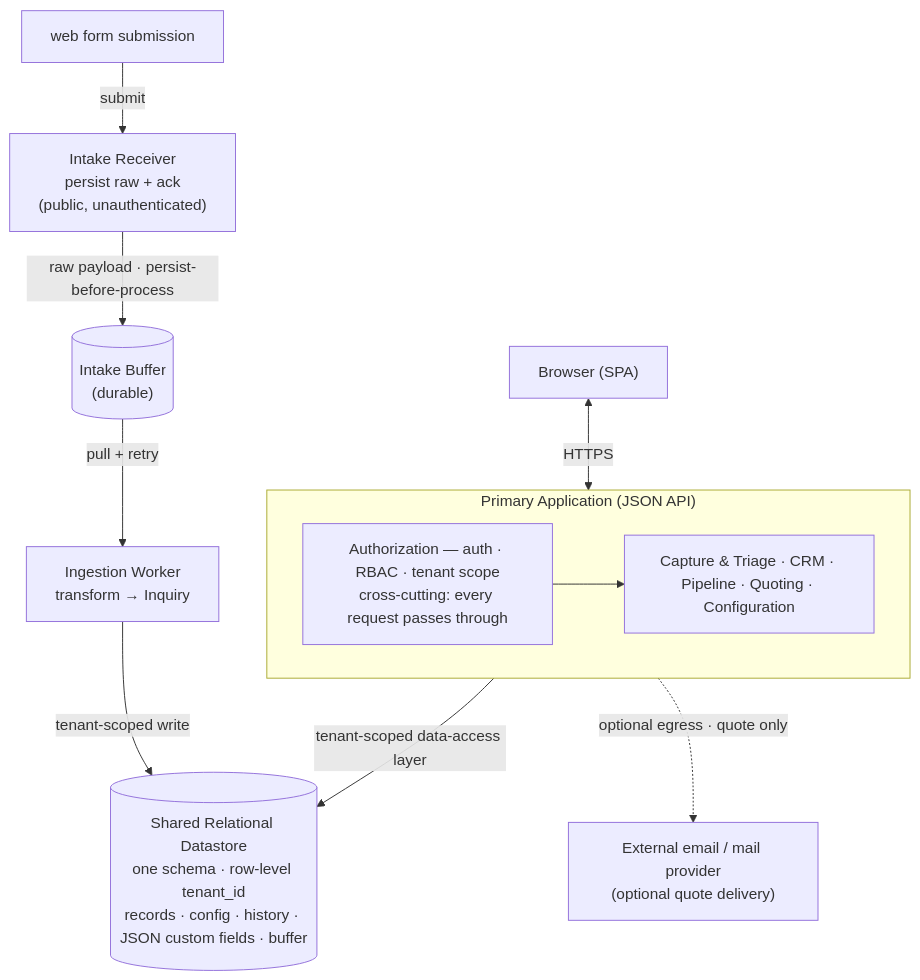
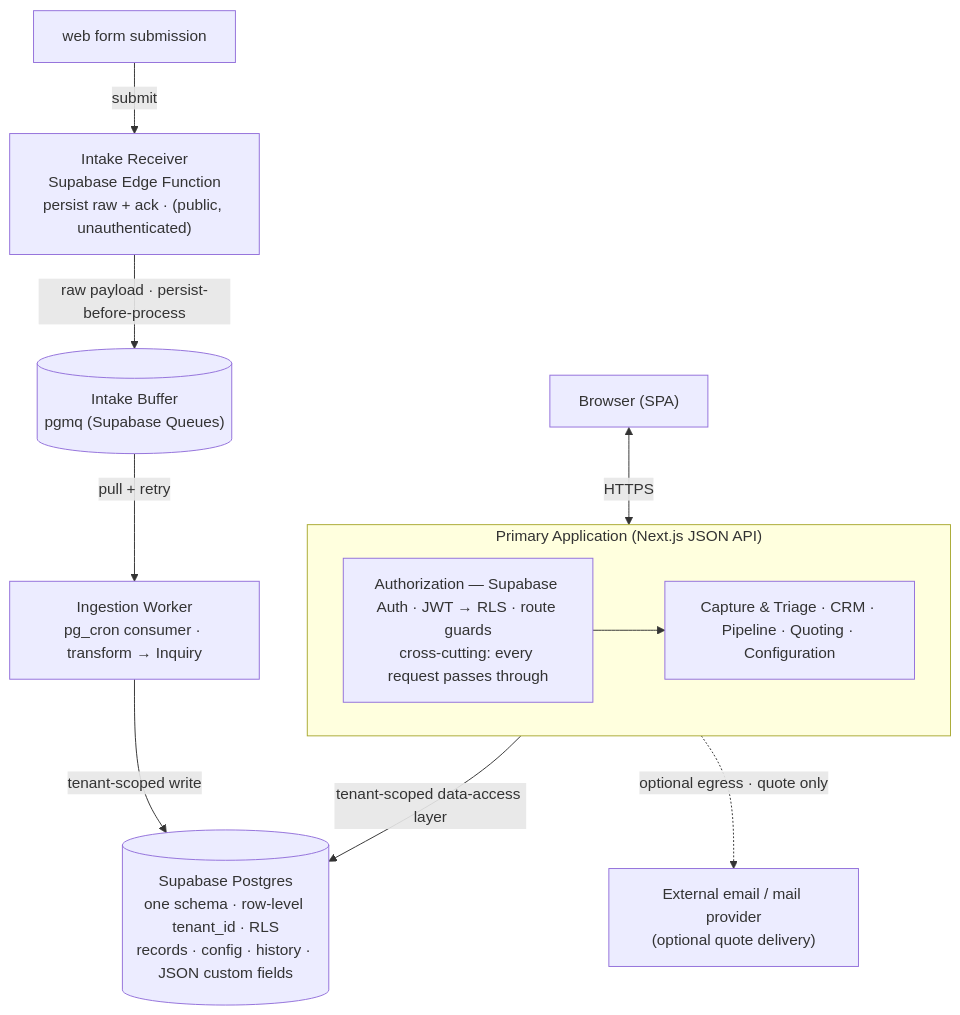
Before and after one commit to Cueserve/cs-cueviksync: the first of 3 diagrams in docs/ARCHITECTURE.md, drawn with Mermaid. The commit also changed other lines of this file and 1 other file, not shown here.

Commit message:
docs: update ARCHITECTURE.md — pin architecture to Supabase (Auth/GoTrue, RLS enforcement, Edge Function receiver, pgmq/pg_cron)

````diff
--- a/docs/ARCHITECTURE.md
+++ b/docs/ARCHITECTURE.md
@@ -60,26 +65,26 @@
 ```mermaid
 flowchart TB
     form["web form submission"]
     browser["Browser (SPA)"]
 
-    receiver["Intake Receiver<br/>persist raw + ack<br/>(public, unauthenticated)"]
-    buffer[("Intake Buffer<br/>(durable)")]
-    worker["Ingestion Worker<br/>transform → Inquiry"]
+    receiver["Intake Receiver<br/>Supabase Edge Function<br/>persist raw + ack · (public, unauthenticated)"]
+    buffer[("Intake Buffer<br/>pgmq (Supabase Queues)")]
+    worker["Ingestion Worker<br/>pg_cron consumer · transform → Inquiry"]
 
-    subgraph app["Primary Application (JSON API)"]
-        authz["Authorization — auth · RBAC · tenant scope<br/>cross-cutting: every request passes through"]
+    subgraph app["Primary Application (Next.js JSON API)"]
+        authz["Authorization — Supabase Auth · JWT → RLS · route guards<br/>cross-cutting: every request passes through"]
         modules["Capture &amp; Triage · CRM · Pipeline · Quoting · Configuration"]
         authz --> modules
     end
 
-    store[("Shared Relational Datastore<br/>one schema · row-level tenant_id<br/>records · config · history · JSON custom fields · buffer")]
+    store[("Supabase Postgres<br/>one schema · row-level tenant_id · RLS<br/>records · config · history · JSON custom fields")]
     ext["External email / mail provider<br/>(optional quote delivery)"]
 
     form -->|"submit"| receiver
     receiver -->|"raw payload · persist-before-process"| buffer
     buffer -->|"pull + retry"| worker
     worker -->|"tenant-scoped write"| store
     browser <-->|"HTTPS"| app
     app -->|"tenant-scoped data-access layer"| store
     app -.->|"optional egress · quote only"| ext
 ```
````
